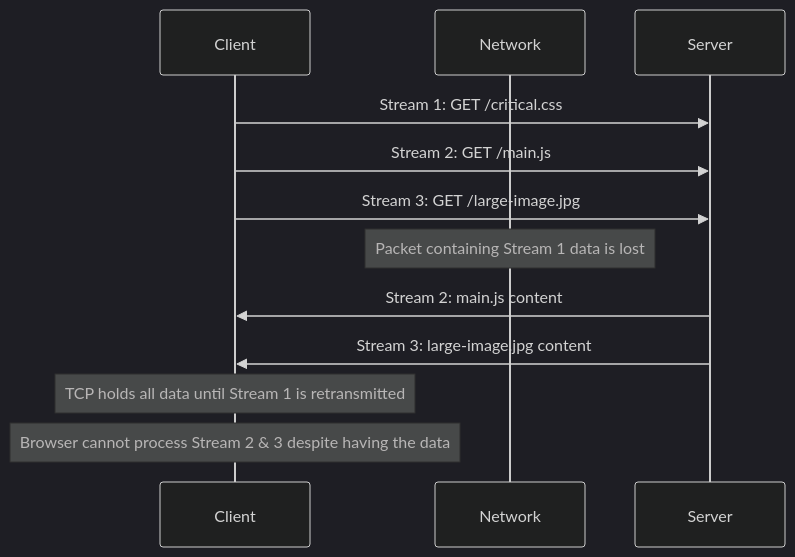
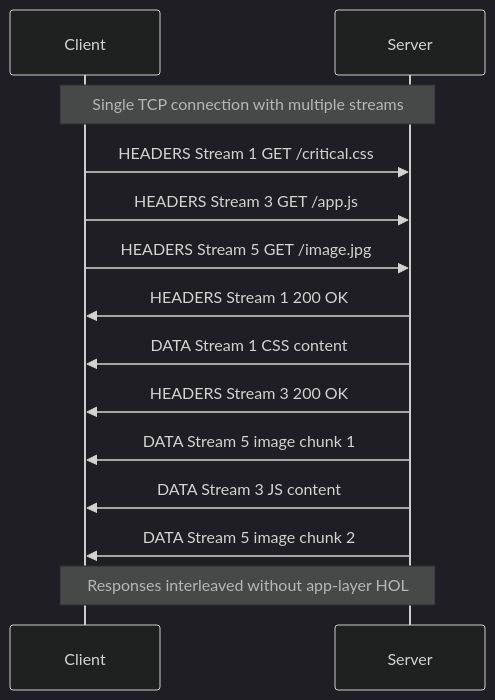
The second of 4 diagrams in v4/content/articles/web-foundations/networking-protocols/http1-1-to-http2-evolution/README.md (sujeet-pro/legacy-personal-site), drawn with Mermaid (dark theme) before and after one commit. The commit also changed other lines of this file and 115 other files, not shown here.

````diff
--- a/v4/content/articles/web-foundations/networking-protocols/http1-1-to-http2-evolution/README.md
+++ b/v4/content/articles/web-foundations/networking-protocols/http1-1-to-http2-evolution/README.md
@@ -312,18 +134,20 @@
 ```mermaid
 sequenceDiagram
     participant Client
-    participant Network
     participant Server
 
-    Client->>Server: Stream 1: GET /critical.css
-    Client->>Server: Stream 2: GET /main.js
-    Client->>Server: Stream 3: GET /large-image.jpg
+    Note over Client,Server: Single TCP connection with multiple streams
 
-    Note over Network: Packet containing Stream 1 data is lost
+    Client->>Server: HEADERS Stream 1 GET /critical.css
+    Client->>Server: HEADERS Stream 3 GET /app.js
+    Client->>Server: HEADERS Stream 5 GET /image.jpg
 
-    Server->>Client: Stream 2: main.js content
-    Server->>Client: Stream 3: large-image.jpg content
+    Server->>Client: HEADERS Stream 1 200 OK
+    Server->>Client: DATA Stream 1 CSS content
+    Server->>Client: HEADERS Stream 3 200 OK
+    Server->>Client: DATA Stream 5 image chunk 1
+    Server->>Client: DATA Stream 3 JS content
+    Server->>Client: DATA Stream 5 image chunk 2
 
-    Note over Client: TCP holds all data until Stream 1 is retransmitted
-    Note over Client: Browser cannot process Stream 2 & 3 despite having the data
+    Note over Client,Server: Responses interleaved without app-layer HOL
 ```
````
